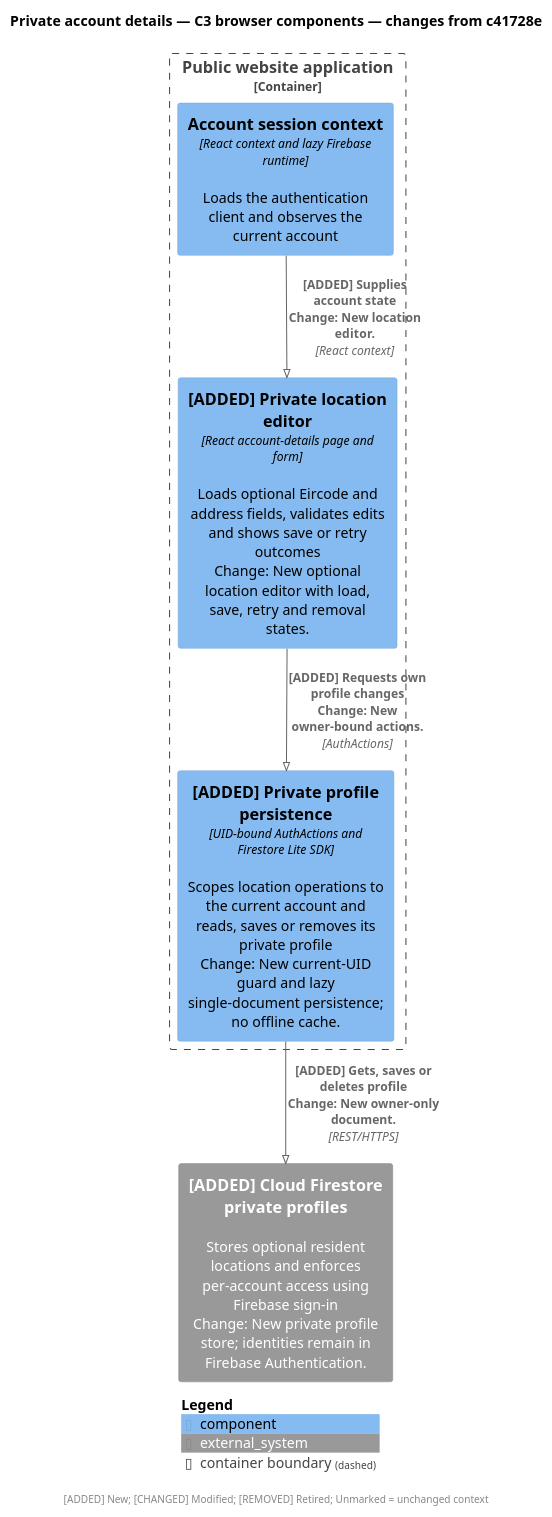
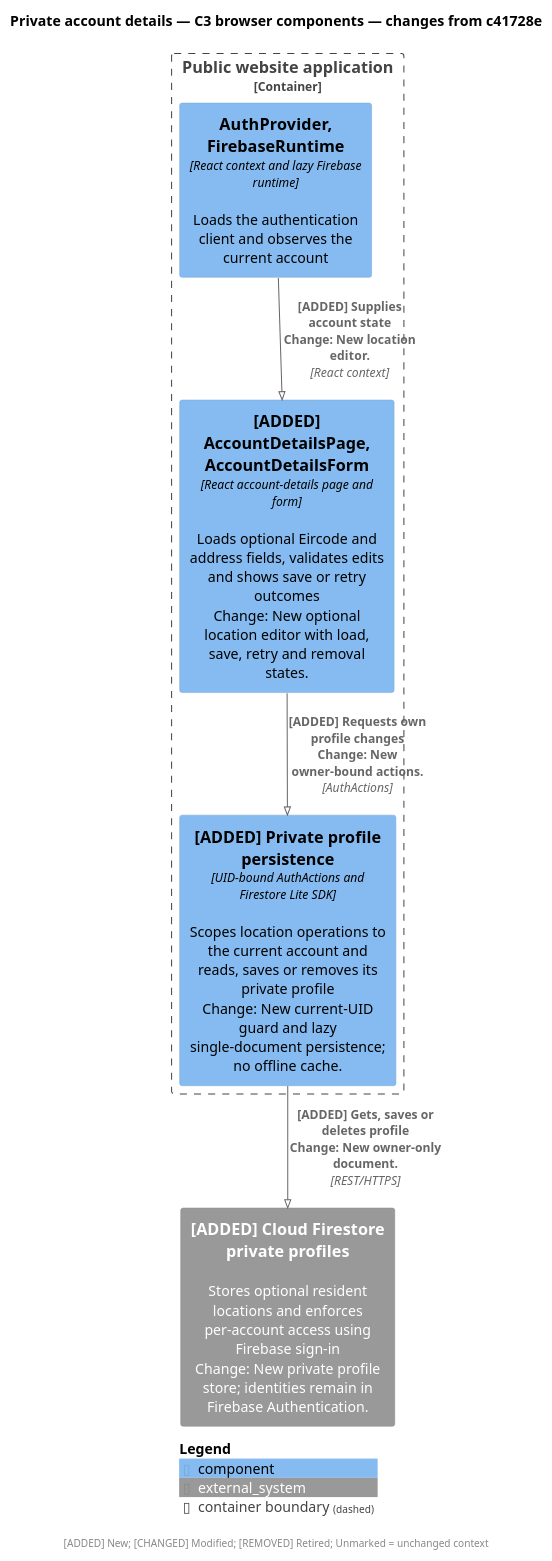
Before and after one commit to szabototo89/woodbrook-residents: the diagram in docs/handoffs/account-details/assets/c3-components.puml, drawn with PlantUML. The commit also changed 24 other files, not shown here.

First line of the commit message:
docs(architecture): name C4 components after their React components

```diff
--- a/docs/handoffs/account-details/assets/c3-components.puml
+++ b/docs/handoffs/account-details/assets/c3-components.puml
@@ -2,22 +2,22 @@
 @startuml
 !pragma layout smetana
 !include <C4/C4_Component>
 LAYOUT_TOP_DOWN()
 skinparam defaultFontName SansSerif
 skinparam nodesep 45
 skinparam ranksep 45
 title Private account details — C3 browser components — changes from c41728e
 
 System_Ext(account_details_firestore, "[ADDED] Cloud Firestore private profiles", "Stores optional resident locations and enforces per-account access using Firebase sign-in\nChange: New private profile store; identities remain in Firebase Authentication.")
 Container_Boundary(woodbrook_browser, "Public website application") {
-  Component(firebase_auth_runtime, "Account session context", "React context and lazy Firebase runtime", "Loads the authentication client and observes the current account")
-  Component(account_details_editor, "[ADDED] Private location editor", "React account-details page and form", "Loads optional Eircode and address fields, validates edits and shows save or retry outcomes\nChange: New optional location editor with load, save, retry and removal states.")
+  Component(firebase_auth_runtime, "AuthProvider, FirebaseRuntime", "React context and lazy Firebase runtime", "Loads the authentication client and observes the current account")
+  Component(account_details_editor, "[ADDED] AccountDetailsPage, AccountDetailsForm", "React account-details page and form", "Loads optional Eircode and address fields, validates edits and shows save or retry outcomes\nChange: New optional location editor with load, save, retry and removal states.")
   Component(account_details_store, "[ADDED] Private profile persistence", "UID-bound AuthActions and Firestore Lite SDK", "Scopes location operations to the current account and reads, saves or removes its private profile\nChange: New current-UID guard and lazy single-document persistence; no offline cache.")
 }
 
 Rel(firebase_auth_runtime, account_details_editor, "[ADDED] Supplies account state\nChange: New location editor.", "React context")
 Rel(account_details_editor, account_details_store, "[ADDED] Requests own profile changes\nChange: New owner-bound actions.", "AuthActions")
 Rel(account_details_store, account_details_firestore, "[ADDED] Gets, saves or deletes profile\nChange: New owner-only document.", "REST/HTTPS")
 SHOW_LEGEND()
 footer [ADDED] New; [CHANGED] Modified; [REMOVED] Retired; Unmarked = unchanged context
 @enduml
```
